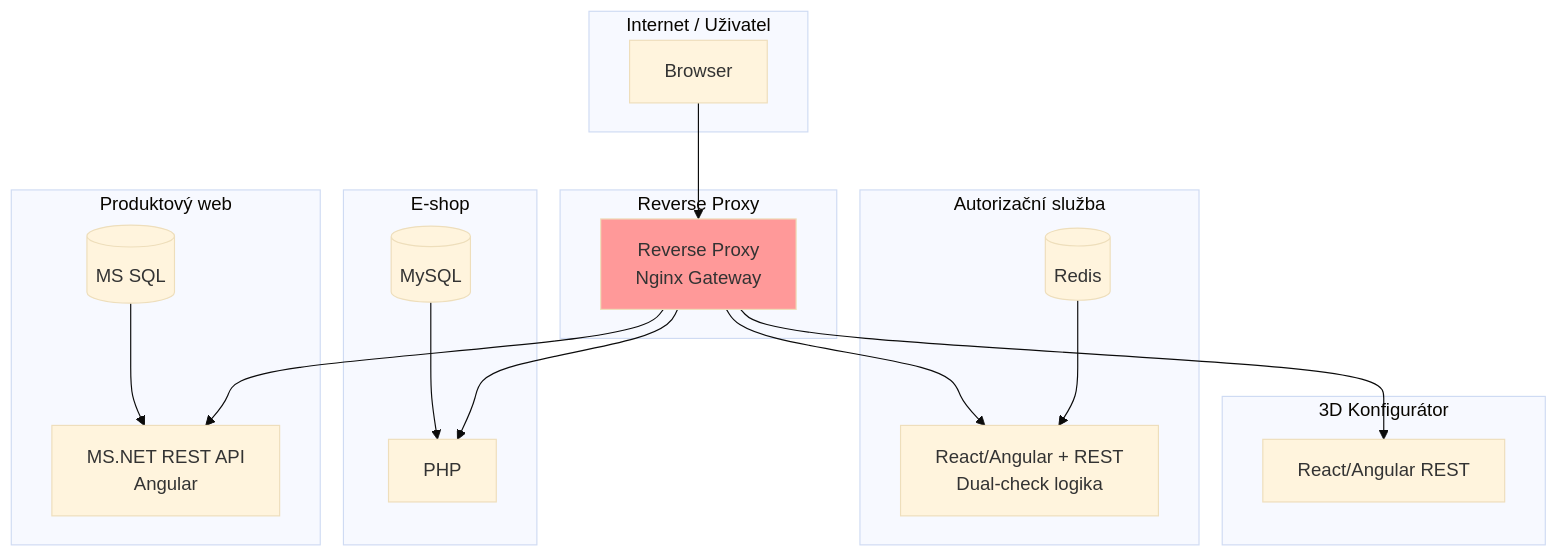
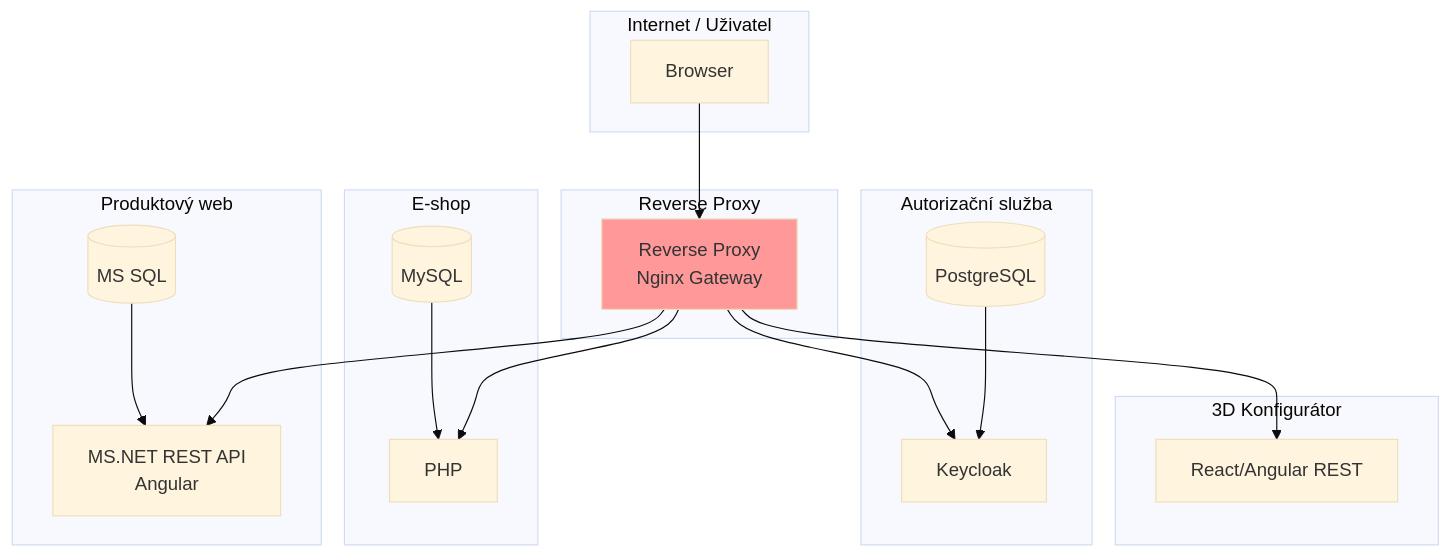
One commit to VitSimon/UkazkovaAnalyzaMigracniProjekt changed the second of 2 diagrams in README.md. Above: the diagram before and after it, drawn with Mermaid (base theme). The commit also changed other lines of this file, not shown here.

Commit message:
Autorizační služba : místo custom Keycloak

````diff
--- a/README.md
+++ b/README.md
@@ -102,42 +102,42 @@
 ```mermaid
 graph TD
     subgraph internet["Internet / Uživatel"]
         User[Browser]
     end
     
     User --> RP[Reverse Proxy<br/>Nginx Gateway]
     
     subgraph rp["Reverse Proxy"]
         RP
     end
     
     subgraph auth["Autorizační služba"]
-        AS[React/Angular + REST<br/>Dual-check logika]
-        DB3[(Redis)]
+        AS[Keycloak]
+        DB3[(PostgreSQL)]
     end
     
     subgraph eshop["E-shop"]
         DB1[(MySQL)]
         PHP1[PHP]
         DB1 --> PHP1
     end
     
     subgraph produweb["Produktový web"]
         DB2[(MS SQL)]
         NET[MS.NET REST API<br/>Angular]
         DB2 --> NET
     end
     
     subgraph konfigurator["3D Konfigurátor"]
         K[React/Angular REST]
     end
     
     RP --> AS
     DB3 --> AS
     RP --> PHP1
     RP --> NET
     RP --> K
     
     classDef gateway fill:#ff9999
     class RP gateway
 ```
````
